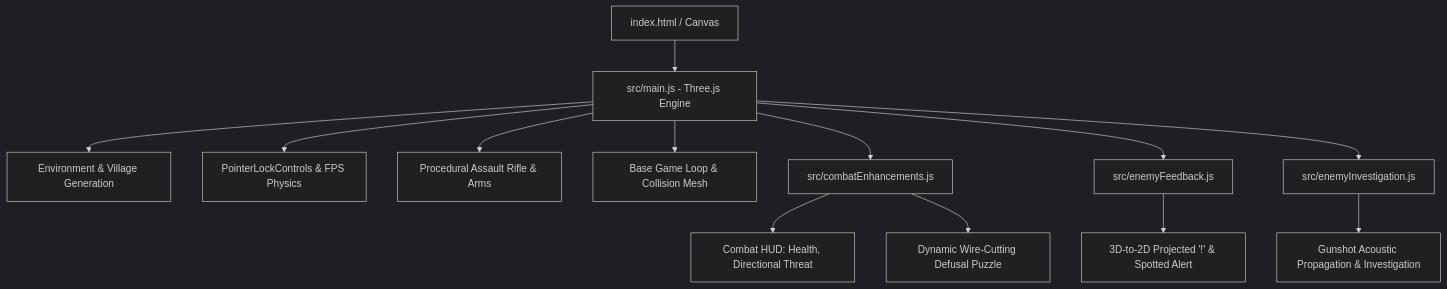
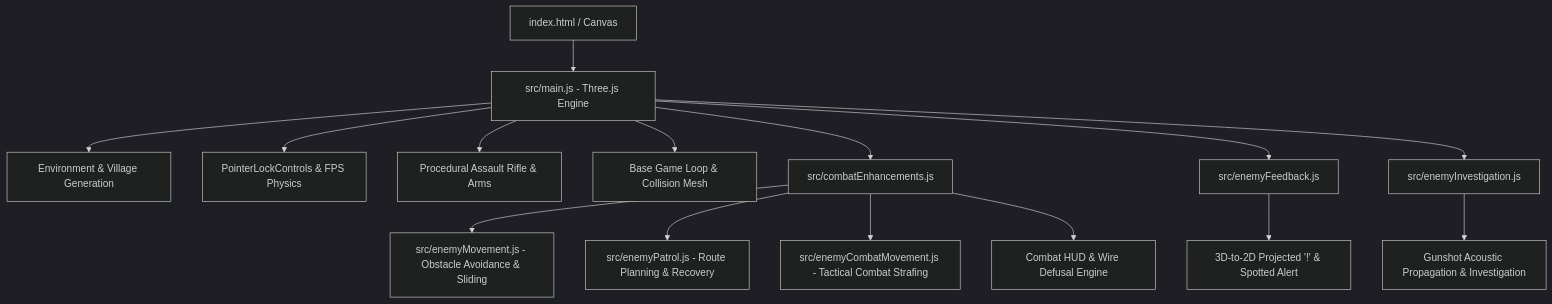
The diagram in PROJECT_STATE.md (Snigdha-0210/Bomb_Defusal), drawn with Mermaid (dark theme) before and after one commit. The commit also changed other lines of this file and 5 other files, not shown here.

Commit message:
feat: add modular safe navigation, patrol routing, and tactical combat strafing AI

````diff
--- a/PROJECT_STATE.md
+++ b/PROJECT_STATE.md
@@ -31,16 +34,18 @@
 ```mermaid
 graph TD
     A[index.html / Canvas] --> B[src/main.js - Three.js Engine]
     B --> C[Environment & Village Generation]
     B --> D[PointerLockControls & FPS Physics]
     B --> E[Procedural Assault Rifle & Arms]
     B --> F[Base Game Loop & Collision Mesh]
     B --> G[src/combatEnhancements.js]
     B --> H[src/enemyFeedback.js]
     B --> I[src/enemyInvestigation.js]
     
-    G --> J[Combat HUD: Health, Directional Threat]
-    G --> K[Dynamic Wire-Cutting Defusal Puzzle]
-    H --> L[3D-to-2D Projected '!' & Spotted Alert]
-    I --> M[Gunshot Acoustic Propagation & Investigation]
+    G --> J[src/enemyMovement.js - Obstacle Avoidance & Sliding]
+    G --> K[src/enemyPatrol.js - Route Planning & Recovery]
+    G --> L[src/enemyCombatMovement.js - Tactical Combat Strafing]
+    G --> M[Combat HUD & Wire Defusal Engine]
+    H --> N[3D-to-2D Projected '!' & Spotted Alert]
+    I --> O[Gunshot Acoustic Propagation & Investigation]
 ```
````
